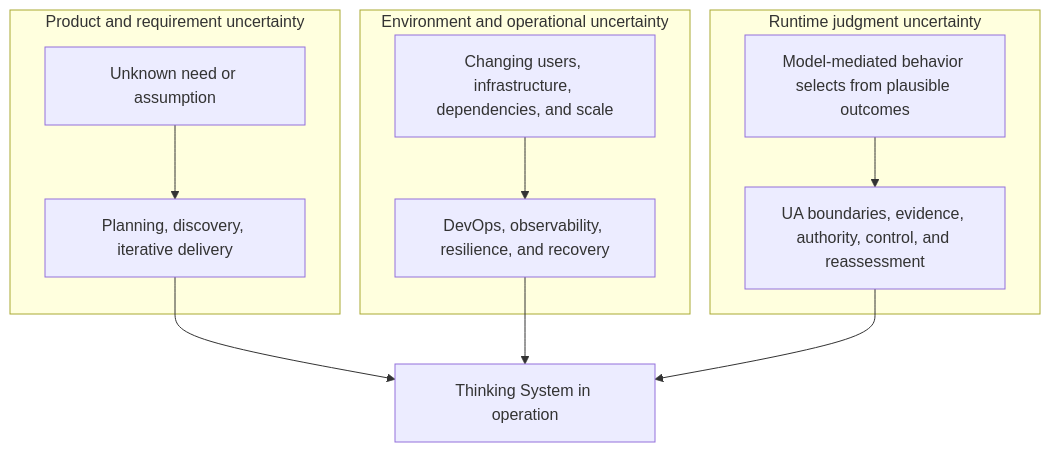
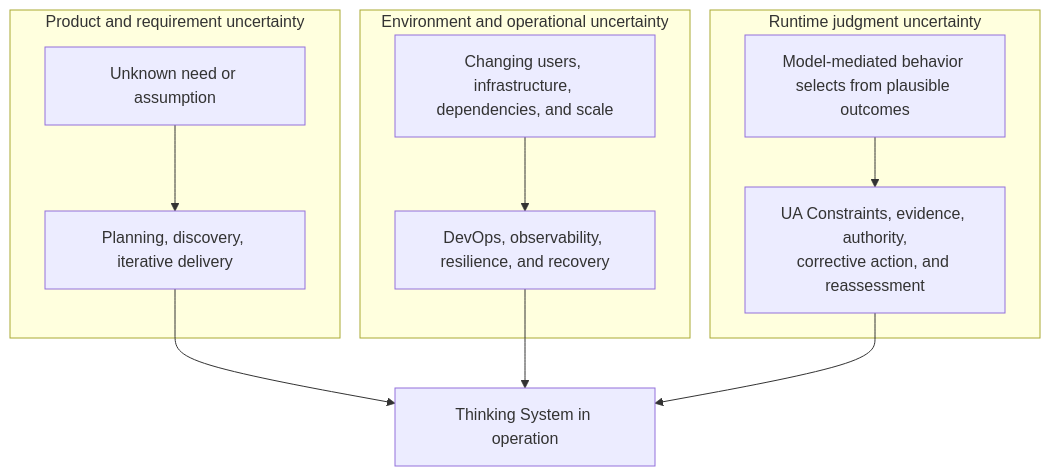
The first of 2 diagrams in 00-doctrine/uncertainty-in-the-controlled-object.md (UncertaintyArchitectureGroup/uncertainty-architecture), drawn with Mermaid before and after one commit. The commit also changed other lines of this file, not shown here.

Commit message:
docs: connect controlled-object doctrine to constraints

````diff
--- a/00-doctrine/uncertainty-in-the-controlled-object.md
+++ b/00-doctrine/uncertainty-in-the-controlled-object.md
@@ -121,24 +128,24 @@
 ```mermaid
 flowchart TB
     subgraph P[Product and requirement uncertainty]
         P1[Unknown need or assumption]
         P2[Planning, discovery, iterative delivery]
         P1 --> P2
     end
 
     subgraph O[Environment and operational uncertainty]
         O1[Changing users, infrastructure, dependencies, and scale]
         O2[DevOps, observability, resilience, and recovery]
         O1 --> O2
     end
 
     subgraph J[Runtime judgment uncertainty]
         J1[Model-mediated behavior selects from plausible outcomes]
-        J2[UA boundaries, evidence, authority, control, and reassessment]
+        J2[UA Constraints, evidence, authority,<br/>corrective action, and reassessment]
         J1 --> J2
     end
 
     P2 --> S[Thinking System in operation]
     O2 --> S
     J2 --> S
 ```
````
